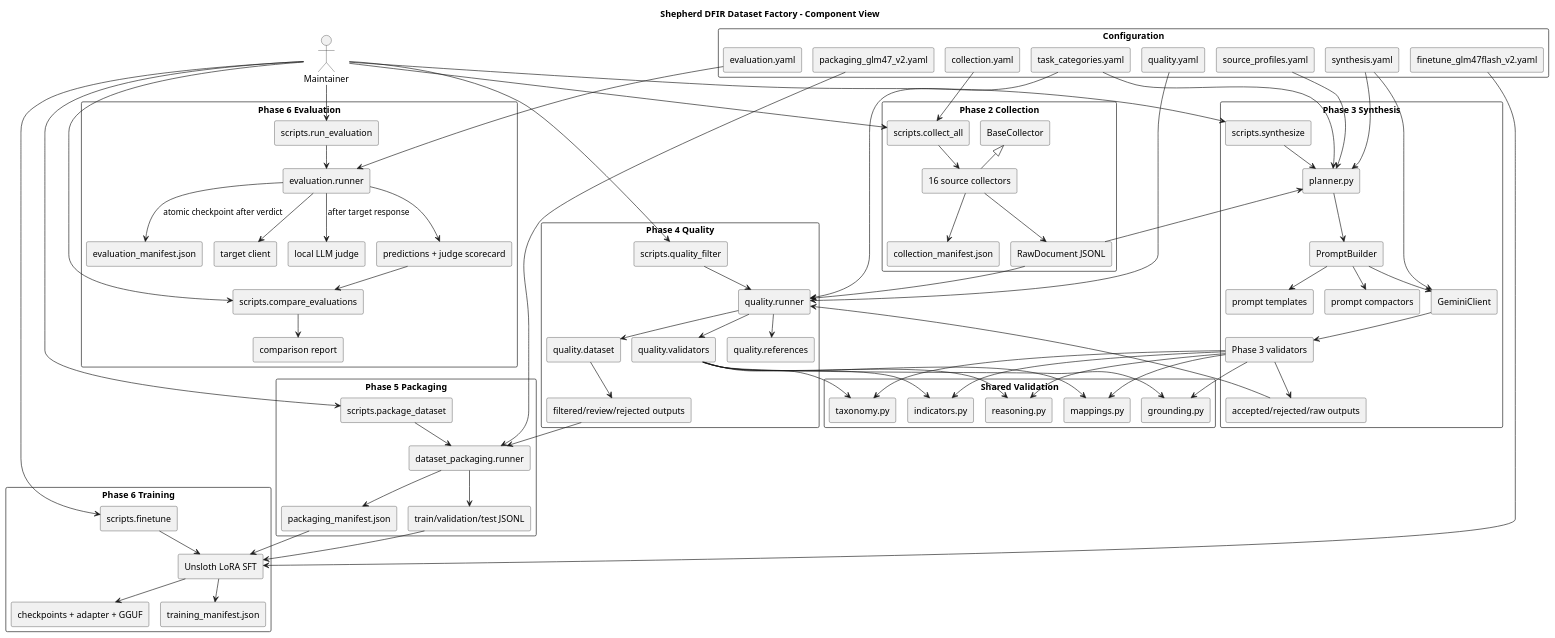
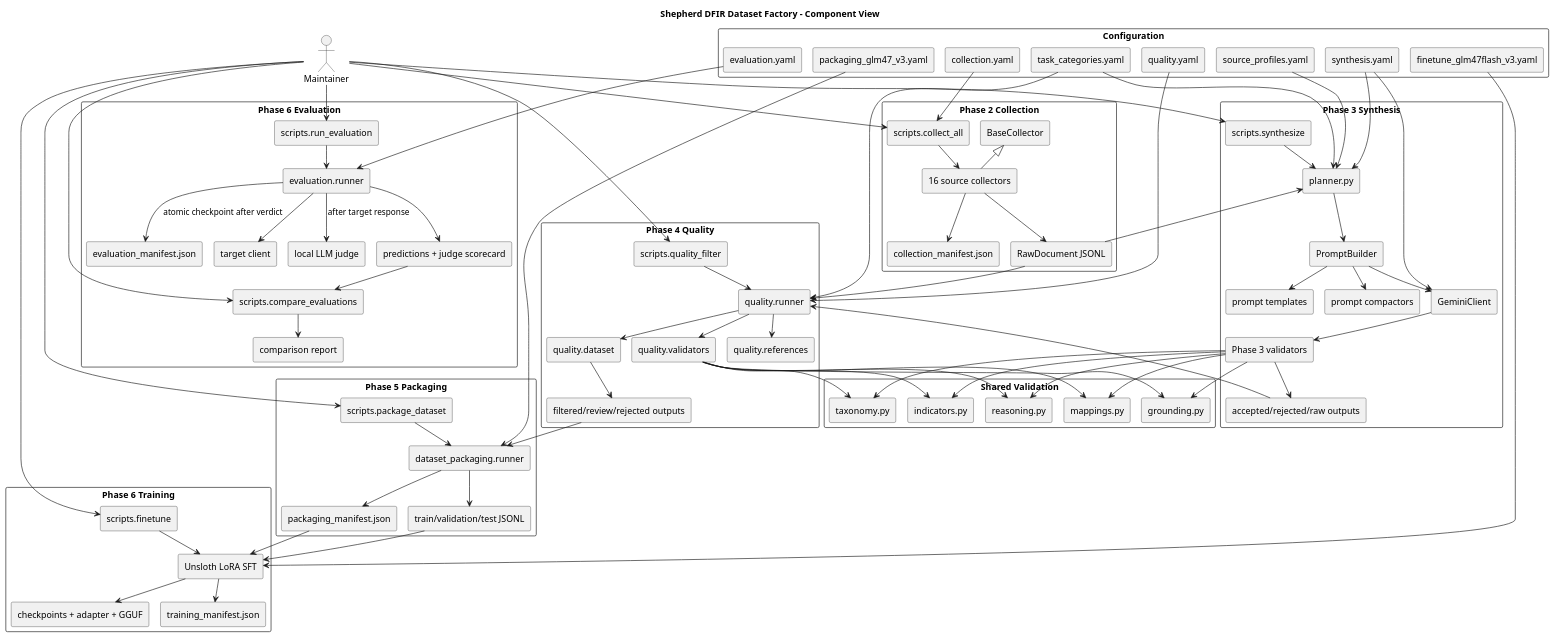
One commit to darkrelicz/dfir-dataset changed the diagram in docs/diagrams/pipeline-component.puml. Above: the diagram before and after it, drawn with PlantUML. The commit also changed 20 other files, not shown here.

```diff
--- a/docs/diagrams/pipeline-component.puml
+++ b/docs/diagrams/pipeline-component.puml
@@ -1,152 +1,152 @@
 @startuml
 !pragma layout smetana
 title Shepherd DFIR Dataset Factory - Component View
 
 skinparam componentStyle rectangle
 skinparam shadowing false
 skinparam packageStyle rectangle
 
 actor "Maintainer" as Maintainer
 
 package "Configuration" {
   [collection.yaml] as CollectionConfig
   [source_profiles.yaml] as SourceProfiles
   [task_categories.yaml] as TaskConfig
   [synthesis.yaml] as SynthesisConfig
   [quality.yaml] as QualityConfig
-  [packaging_glm47_v2.yaml] as PackagingConfig
+  [packaging_glm47_v3.yaml] as PackagingConfig
   [evaluation.yaml] as EvaluationConfig
-  [finetune_glm47flash_v2.yaml] as FinetuneConfig
+  [finetune_glm47flash_v3.yaml] as FinetuneConfig
 }
 
 package "Phase 2 Collection" {
   [scripts.collect_all] as CollectCLI
   [BaseCollector] as BaseCollector
   [16 source collectors] as Collectors
   [RawDocument JSONL] as RawJsonl
   [collection_manifest.json] as CollectionManifest
 }
 
 package "Phase 3 Synthesis" {
   [scripts.synthesize] as SynthesizeCLI
   [planner.py] as Planner
   [PromptBuilder] as PromptBuilder
   [prompt templates] as PromptTemplates
   [prompt compactors] as Compactors
   [GeminiClient] as Gemini
   [Phase 3 validators] as SynthValidators
   [accepted/rejected/raw outputs] as SynthOutputs
 }
 
 package "Shared Validation" {
   [reasoning.py] as Reasoning
   [grounding.py] as Grounding
   [indicators.py] as Indicators
   [mappings.py] as Mappings
   [taxonomy.py] as Taxonomy
 }
 
 package "Phase 4 Quality" {
   [scripts.quality_filter] as QualityCLI
   [quality.runner] as QualityRunner
   [quality.validators] as QualityValidators
   [quality.dataset] as DatasetGates
   [quality.references] as References
   [filtered/review/rejected outputs] as QualityOutputs
 }
 
 package "Phase 5 Packaging" {
   [scripts.package_dataset] as PackageCLI
   [dataset_packaging.runner] as Packager
   [train/validation/test JSONL] as PackagedSplits
   [packaging_manifest.json] as PackagingManifest
 }
 
 package "Phase 6 Training" {
   [scripts.finetune] as TrainCLI
   [Unsloth LoRA SFT] as Trainer
   [checkpoints + adapter + GGUF] as ModelArtifacts
   [training_manifest.json] as TrainingManifest
 }
 
 package "Phase 6 Evaluation" {
   [scripts.run_evaluation] as EvaluateCLI
   [evaluation.runner] as EvaluationRunner
   [target client] as TargetClient
   [local LLM judge] as Judge
   [predictions + judge scorecard] as EvaluationOutputs
   [evaluation_manifest.json] as EvaluationManifest
   [scripts.compare_evaluations] as CompareCLI
   [comparison report] as ComparisonReport
 }
 
 Maintainer --> CollectCLI
 Maintainer --> SynthesizeCLI
 Maintainer --> QualityCLI
 Maintainer --> PackageCLI
 Maintainer --> TrainCLI
 Maintainer --> EvaluateCLI
 Maintainer --> CompareCLI
 
 CollectionConfig --> CollectCLI
 CollectCLI --> Collectors
 Collectors -up-|> BaseCollector
 Collectors --> RawJsonl
 Collectors --> CollectionManifest
 
 SourceProfiles --> Planner
 TaskConfig --> Planner
 SynthesisConfig --> Planner
 SynthesisConfig --> Gemini
 SynthesizeCLI --> Planner
 Planner --> PromptBuilder
 PromptBuilder --> PromptTemplates
 PromptBuilder --> Compactors
 PromptBuilder --> Gemini
 Gemini --> SynthValidators
 SynthValidators --> SynthOutputs
 SynthValidators --> Reasoning
 SynthValidators --> Grounding
 SynthValidators --> Indicators
 SynthValidators --> Mappings
 SynthValidators --> Taxonomy
 RawJsonl --> Planner
 
 QualityConfig --> QualityRunner
 TaskConfig --> QualityRunner
 QualityCLI --> QualityRunner
 SynthOutputs --> QualityRunner
 RawJsonl --> QualityRunner
 QualityRunner --> References
 QualityRunner --> QualityValidators
 QualityValidators --> Reasoning
 QualityValidators --> Grounding
 QualityValidators --> Indicators
 QualityValidators --> Mappings
 QualityValidators --> Taxonomy
 QualityRunner --> DatasetGates
 DatasetGates --> QualityOutputs
 
 PackagingConfig --> Packager
 PackageCLI --> Packager
 QualityOutputs --> Packager
 Packager --> PackagedSplits
 Packager --> PackagingManifest
 
 FinetuneConfig --> Trainer
 TrainCLI --> Trainer
 PackagedSplits --> Trainer
 PackagingManifest --> Trainer
 Trainer --> ModelArtifacts
 Trainer --> TrainingManifest
 
 EvaluationConfig --> EvaluationRunner
 EvaluateCLI --> EvaluationRunner
 EvaluationRunner --> TargetClient
 EvaluationRunner --> Judge: after target response
 EvaluationRunner --> EvaluationOutputs
 EvaluationRunner --> EvaluationManifest: atomic checkpoint after verdict
 EvaluationOutputs --> CompareCLI
 CompareCLI --> ComparisonReport
 
 @enduml
```
